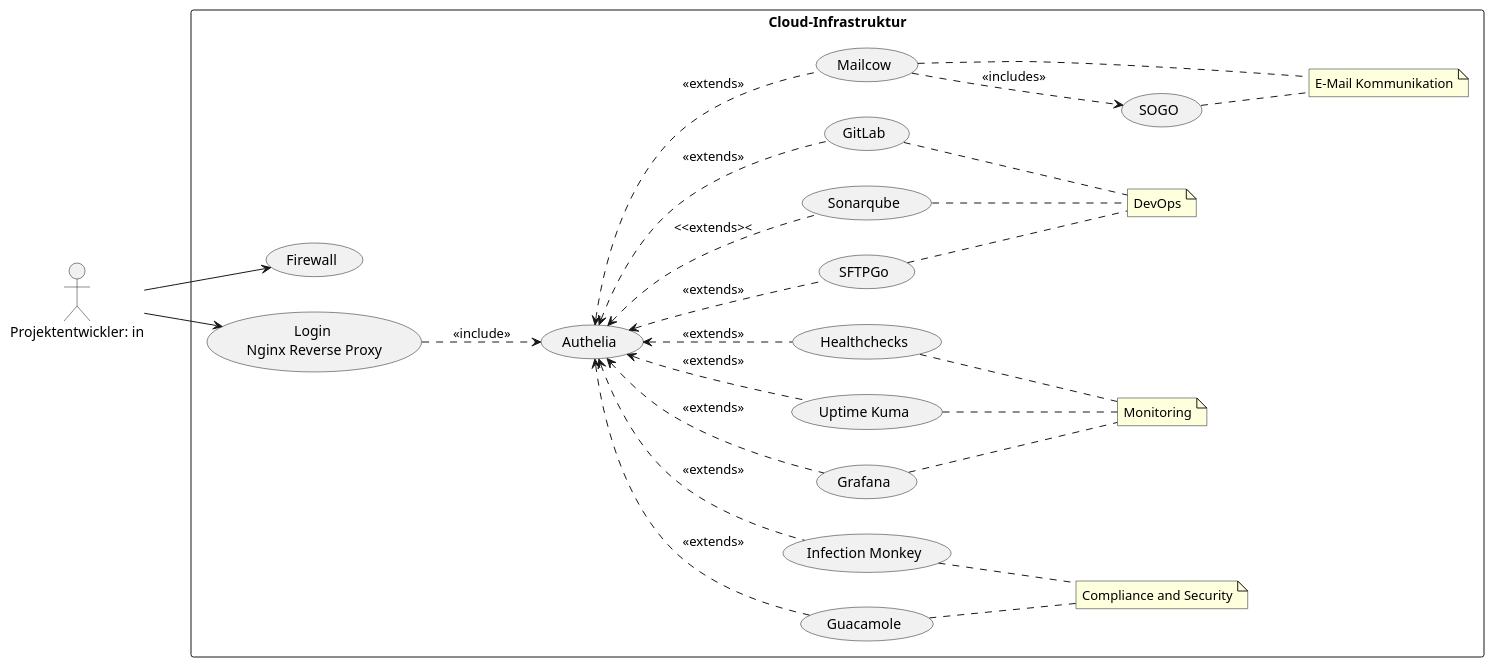
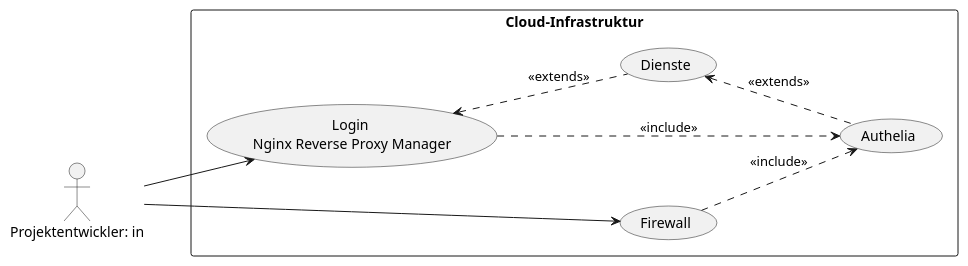
Before and after one commit to nymeria216/PA_FISI: the diagram in PlantUML/BeispielDiagramm.puml, drawn with PlantUML. The commit also changed 12 other files, not shown here.

Commit message:
improved use-case-diagram; finaliced anlaysis phase and started with creation phase

```diff
--- a/PlantUML/BeispielDiagramm.puml
+++ b/PlantUML/BeispielDiagramm.puml
@@ -1,35 +1,14 @@
 @startuml
 left to right direction
 actor "Projektentwickler: in" as fc
 rectangle Cloud-Infrastruktur {
   usecase "Firewall" as UC1
-  usecase "Login \nNginx Reverse Proxy" as UC2
+  usecase "Login \nNginx Reverse Proxy Manager" as UC2
+  UC1 ..> (Authelia) : <<include>>
   UC2 ..> (Authelia) : <<include>>
-  (Authelia) <.. (Guacamole) : <<extends>>
-  (Authelia) <.. (Infection Monkey) : <<extends>>
-  (Authelia) <.. (Grafana) : <<extends>>
-  (Authelia) <.. (Uptime Kuma) : <<extends>>
-  (Authelia) <.. (Healthchecks) : <<extends>>
-  (Authelia) <.. (SFTPGo) : <<extends>>
-  (Authelia) <.. (Sonarqube) : <<extends><
-  (Authelia) <.. (GitLab) : <<extends>>
-  (Authelia) <.. (Mailcow) : <<extends>>
-  (Mailcow) ..> (SOGO) : <<includes>>
-  note "E-Mail Kommunikation" as N1
-  (Mailcow) .. N1
-  (SOGO) .. N1
-  note "DevOps" as N2
-  (GitLab) .. N2
-  (Sonarqube) .. N2
-  (SFTPGo) .. N2
-  note "Monitoring" as N3
-  (Healthchecks) .. N3
-  (Uptime Kuma) .. N3
-  (Grafana) .. N3
-  note "Compliance and Security" as N4
-  (Infection Monkey) .. N4
-  (Guacamole) .. N4
+  UC2 <.. (Dienste) : <<extends>>
+  (Dienste) <.. (Authelia) : <<extends>>
 }
 fc --> UC1
 fc --> UC2
 @enduml
```
